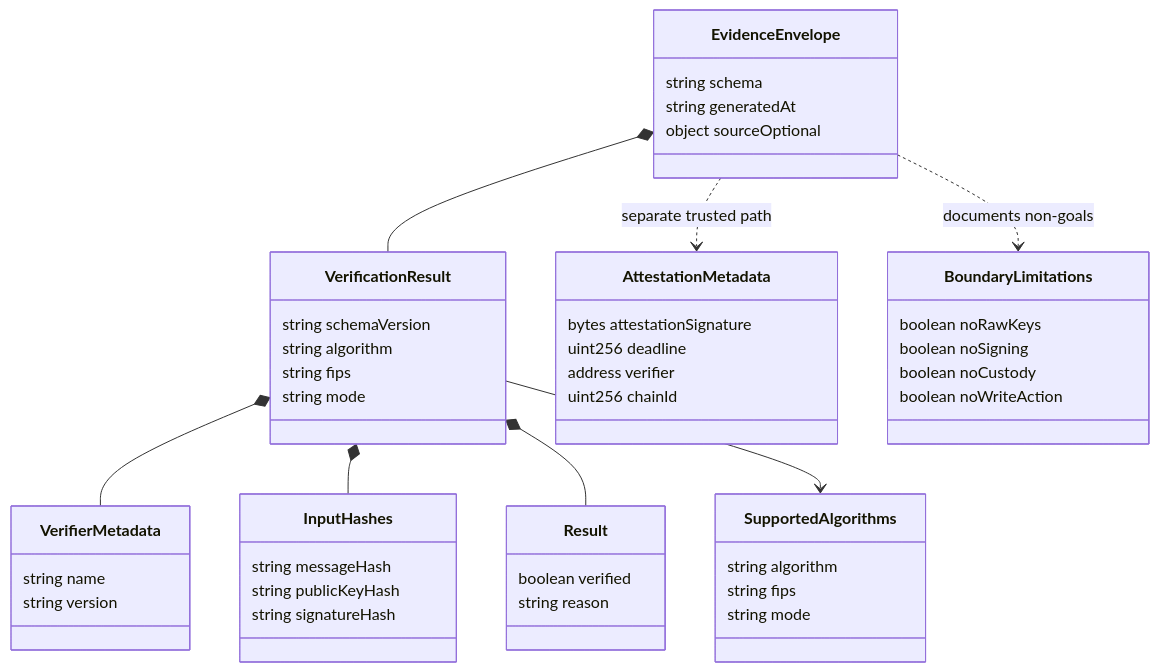
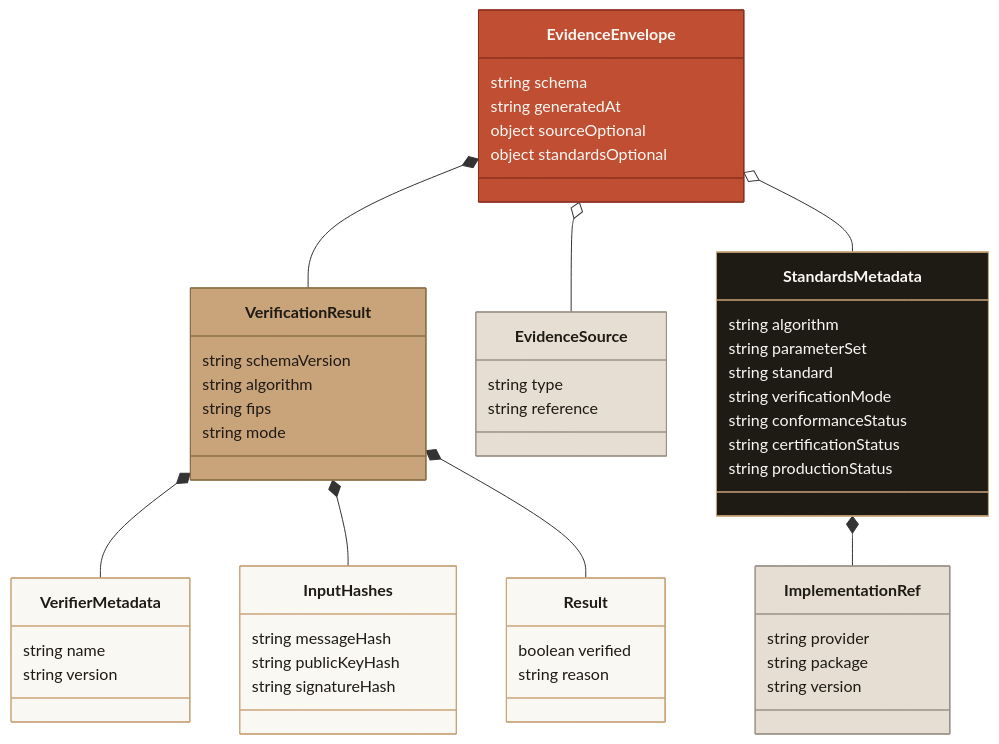
One commit to Wallet-Wall/walletwall-vault changed the diagram in docs/PQ_Verifier_Evidence_Artifact.md. Above: the diagram before and after it, drawn with Mermaid. The commit also changed other lines of this file and 8 other files, not shown here.

Commit message:
docs: add WalletWall Mermaid colors (#136)

````diff
--- a/docs/PQ_Verifier_Evidence_Artifact.md
+++ b/docs/PQ_Verifier_Evidence_Artifact.md
@@ -50,52 +52,63 @@
 ```mermaid
 classDiagram
     class EvidenceEnvelope {
         string schema
         string generatedAt
         object sourceOptional
+        object standardsOptional
     }
     class VerificationResult {
         string schemaVersion
         string algorithm
         string fips
         string mode
     }
     class VerifierMetadata {
         string name
         string version
     }
     class InputHashes {
         string messageHash
         string publicKeyHash
         string signatureHash
     }
     class Result {
         boolean verified
         string reason
     }
-    class SupportedAlgorithms {
+    class EvidenceSource {
+        string type
+        string reference
+    }
+    class StandardsMetadata {
         string algorithm
-        string fips
-        string mode
+        string parameterSet
+        string standard
+        string verificationMode
+        string conformanceStatus
+        string certificationStatus
+        string productionStatus
     }
-    class AttestationMetadata {
-        bytes attestationSignature
-        uint256 deadline
-        address verifier
-        uint256 chainId
-    }
-    class BoundaryLimitations {
-        boolean noRawKeys
-        boolean noSigning
-        boolean noCustody
-        boolean noWriteAction
+    class ImplementationRef {
+        string provider
+        string package
+        string version
     }
 
     EvidenceEnvelope *-- VerificationResult
+    EvidenceEnvelope o-- EvidenceSource
+    EvidenceEnvelope o-- StandardsMetadata
     VerificationResult *-- VerifierMetadata
     VerificationResult *-- InputHashes
     VerificationResult *-- Result
-    VerificationResult --> SupportedAlgorithms
-    EvidenceEnvelope ..> BoundaryLimitations : documents non-goals
-    EvidenceEnvelope ..> AttestationMetadata : separate trusted path
+    StandardsMetadata *-- ImplementationRef
+
+    style EvidenceEnvelope fill:#BF4E32,stroke:#8B3120,color:#FAF8F3,stroke-width:1px
+    style VerificationResult fill:#C9A47A,stroke:#8B6F47,color:#1E1A14,stroke-width:1px
+    style StandardsMetadata fill:#1E1A14,stroke:#C9A47A,color:#FAF8F3,stroke-width:1px
+    style VerifierMetadata fill:#FAF8F3,stroke:#C9A47A,color:#1E1A14,stroke-width:1px
+    style InputHashes fill:#FAF8F3,stroke:#C9A47A,color:#1E1A14,stroke-width:1px
+    style Result fill:#FAF8F3,stroke:#C9A47A,color:#1E1A14,stroke-width:1px
+    style EvidenceSource fill:#E6DED2,stroke:#9A9186,color:#1E1A14,stroke-width:1px
+    style ImplementationRef fill:#E6DED2,stroke:#9A9186,color:#1E1A14,stroke-width:1px
 ```
````
